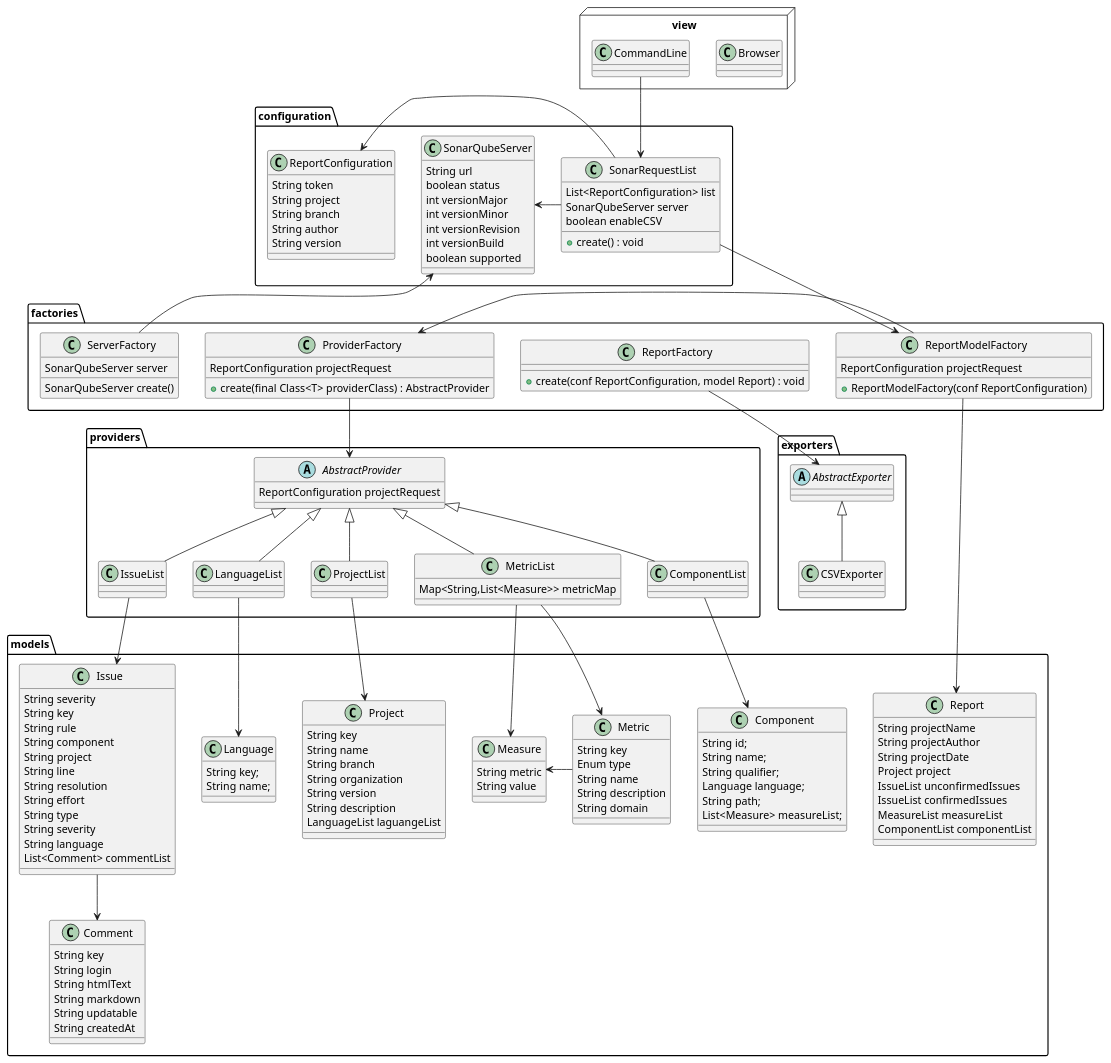
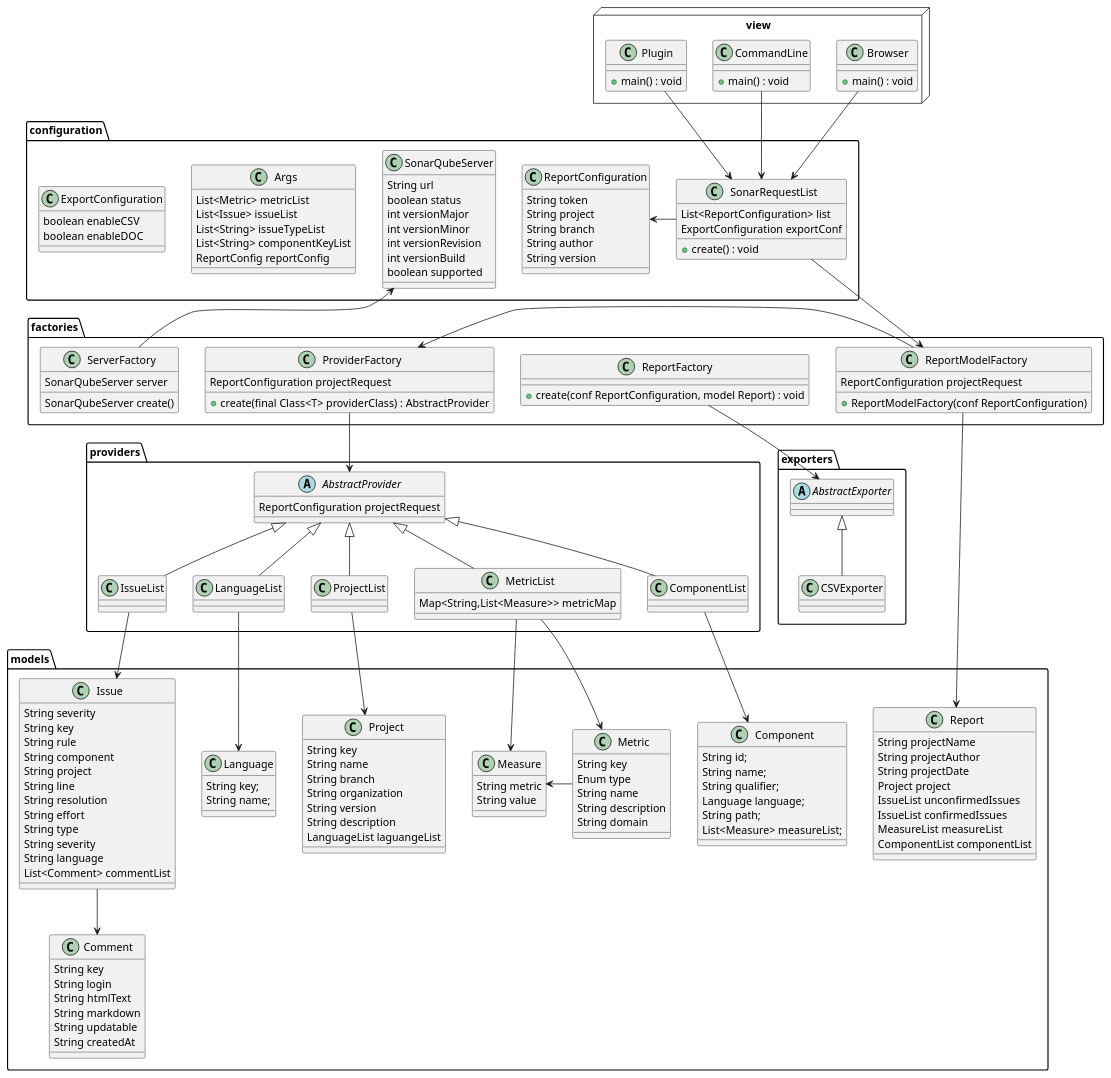
The diagram in uml/diagrama_de_clases.plantuml (iakigarci/SonarReport), drawn with PlantUML before and after one commit. The commit also changed 2 other files, not shown here.

```diff
--- a/uml/diagrama_de_clases.plantuml
+++ b/uml/diagrama_de_clases.plantuml
@@ -138,8 +138,7 @@
 package configuration {
     class SonarRequestList {
         List<ReportConfiguration> list
-        SonarQubeServer server
-        boolean enableCSV
+        ExportConfiguration exportConf
         +create() : void
     }
 
@@ -161,15 +160,32 @@
         int versionBuild
         boolean supported
     }
+
+    class Args {
+        List<Metric> metricList
+        List<Issue> issueList
+        List<String> issueTypeList
+        List<String> componentKeyList
+        ReportConfig reportConfig
+    }
+
+    class ExportConfiguration {
+        boolean enableCSV
+        boolean enableDOC
+    }
 }
 
 package view <<Node>> {
     class Browser {
-
+        +main() : void
     }
 
     class CommandLine {
+        +main() : void
+    }
 
+    class Plugin {
+        +main() : void
     }
 }
 
@@ -198,8 +214,9 @@
 CSVExporter -up-|> AbstractExporter
 
 CommandLine -down-> SonarRequestList
+Browser -down-> SonarRequestList
+Plugin -down-> SonarRequestList
 SonarRequestList -left-> ReportConfiguration
-SonarRequestList -right-> SonarQubeServer
 SonarRequestList -down-> ReportModelFactory
 
 /'
```
